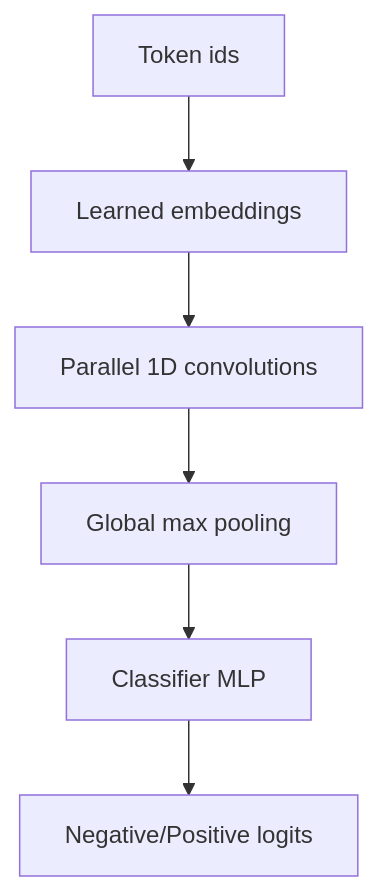
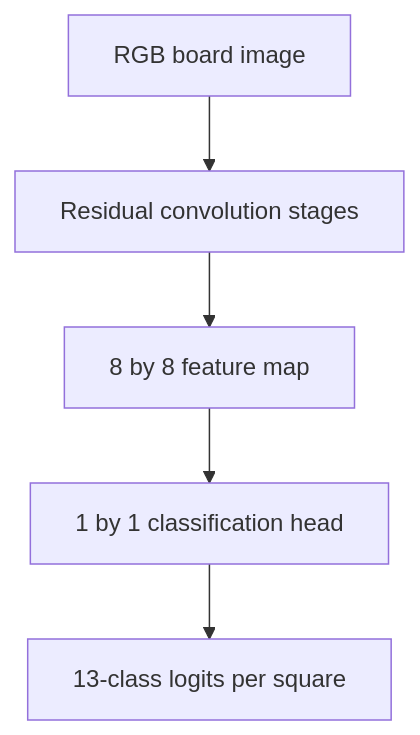
Before and after one commit to oguzhanozkaya/chess-position-recognition: the third of 3 diagrams in docs/architecture.md, drawn with Mermaid. The commit also changed other lines of this file and 13 other files, not shown here.

````diff
--- a/docs/architecture.md
+++ b/docs/architecture.md
@@ -78,8 +77,7 @@
 ```mermaid
 flowchart TD
-    A[Token ids] --> B[Learned embeddings]
-    B --> C[Parallel 1D convolutions]
-    C --> D[Global max pooling]
-    D --> E[Classifier MLP]
-    E --> F[Negative/Positive logits]
+    A[RGB board image] --> B[Residual convolution stages]
+    B --> C[8 by 8 feature map]
+    C --> D[1 by 1 classification head]
+    D --> E[13-class logits per square]
 ```
````
